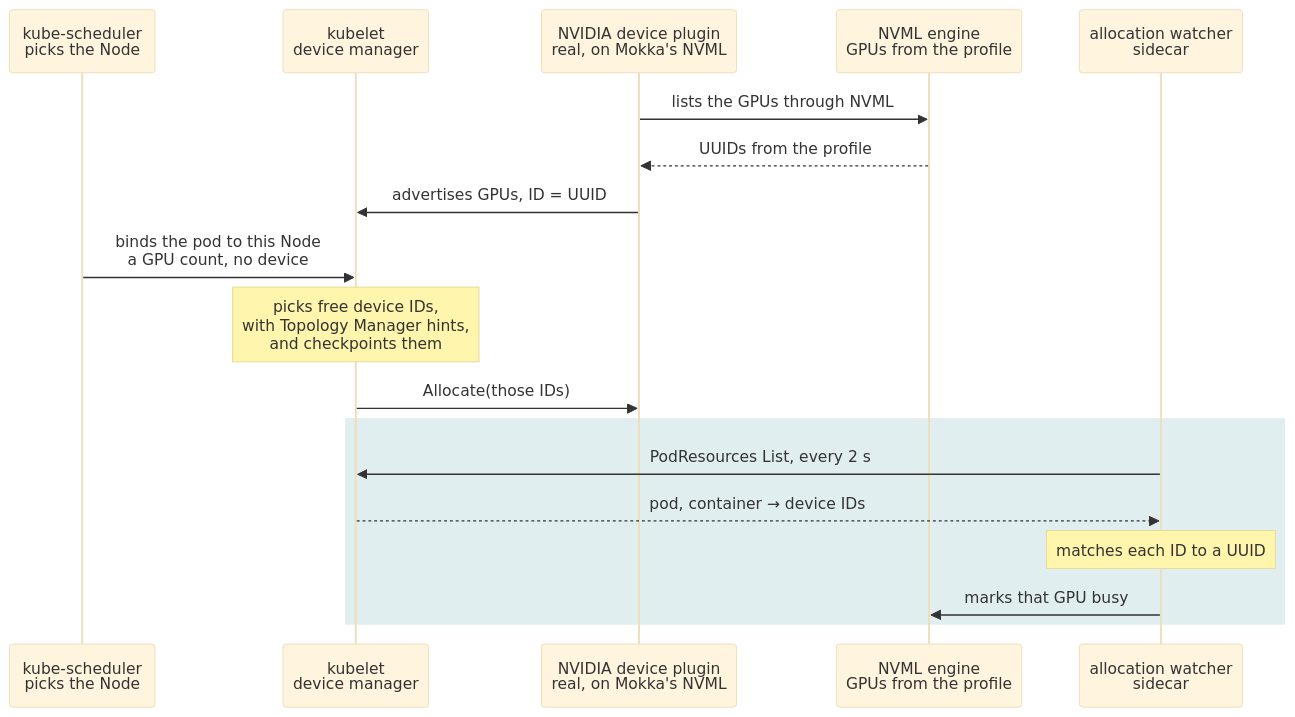
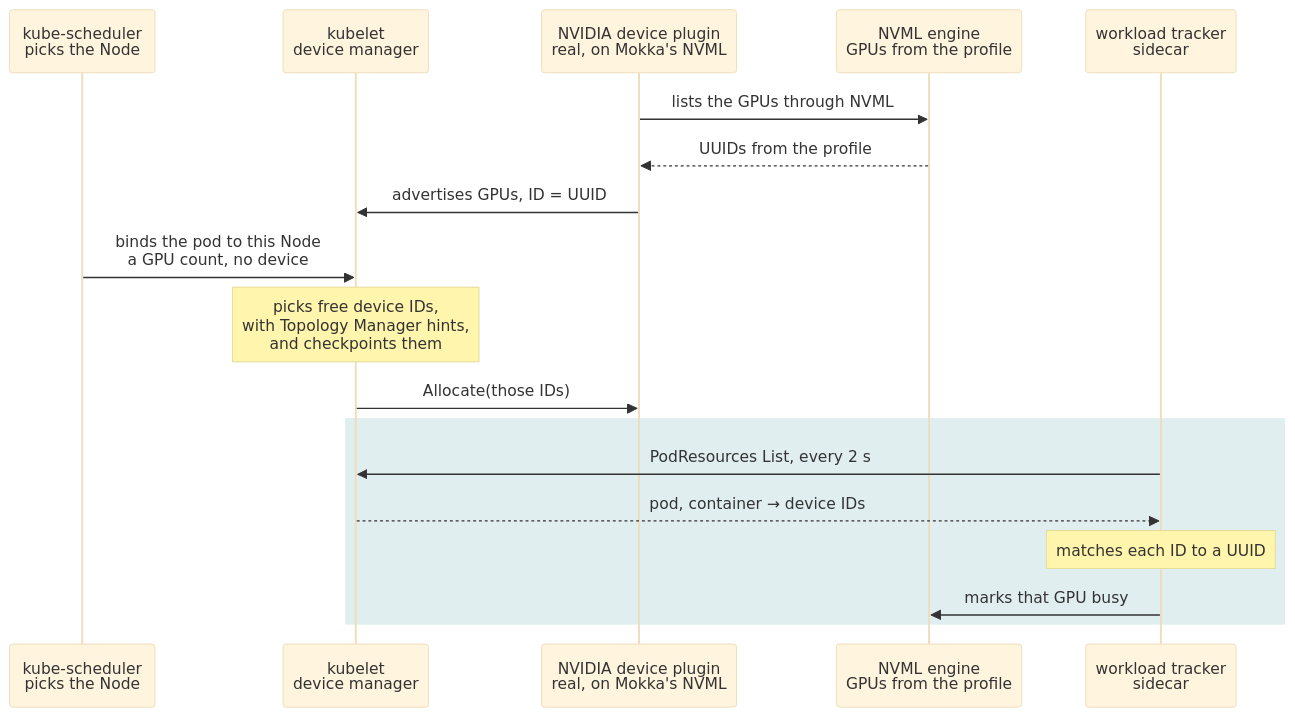
Before and after one commit to NVIDIA/k8s-test-infra: the sixth of 10 diagrams in enhancements/meps/0008-fgo-integration/README.md, drawn with Mermaid (base theme). The commit also changed other lines of this file, not shown here.

Commit message:
#1008: Suggesting a better name for allocation watcher

````diff
--- a/enhancements/meps/0008-fgo-integration/README.md
+++ b/enhancements/meps/0008-fgo-integration/README.md
@@ -1069,21 +1072,21 @@
 ```mermaid
 sequenceDiagram
     participant S as kube-scheduler<br/>picks the Node
     participant K as kubelet<br/>device manager
     participant P as NVIDIA device plugin<br/>real, on Mokka's NVML
     participant N as NVML engine<br/>GPUs from the profile
-    participant W as allocation watcher<br/>sidecar
+    participant T as workload tracker<br/>sidecar
 
     P->>N: lists the GPUs through NVML
     N-->>P: UUIDs from the profile
     P->>K: advertises GPUs, ID = UUID
     S->>K: binds the pod to this Node<br/>a GPU count, no device
     Note over K: picks free device IDs,<br/>with Topology Manager hints,<br/>and checkpoints them
     K->>P: Allocate(those IDs)
     rect rgba(10, 119, 130, 0.12)
-        W->>K: PodResources List, every 2 s
-        K-->>W: pod, container → device IDs
-        Note over W: matches each ID to a UUID
-        W->>N: marks that GPU busy
+        T->>K: PodResources List, every 2 s
+        K-->>T: pod, container → device IDs
+        Note over T: matches each ID to a UUID
+        T->>N: marks that GPU busy
     end
 ```
````
